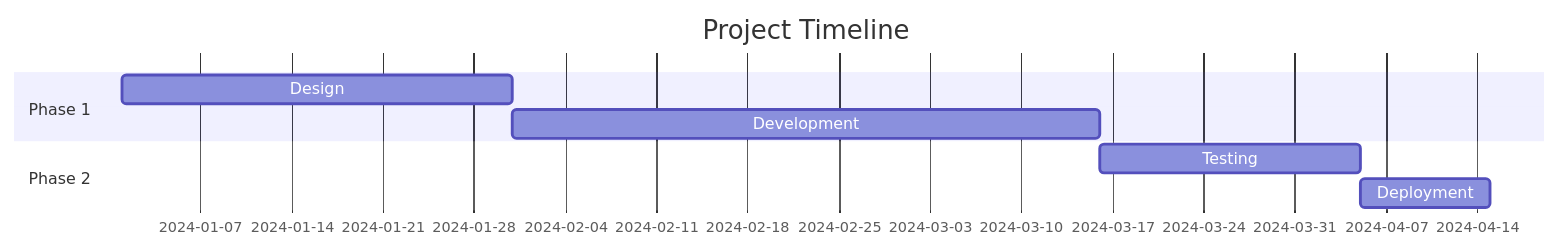
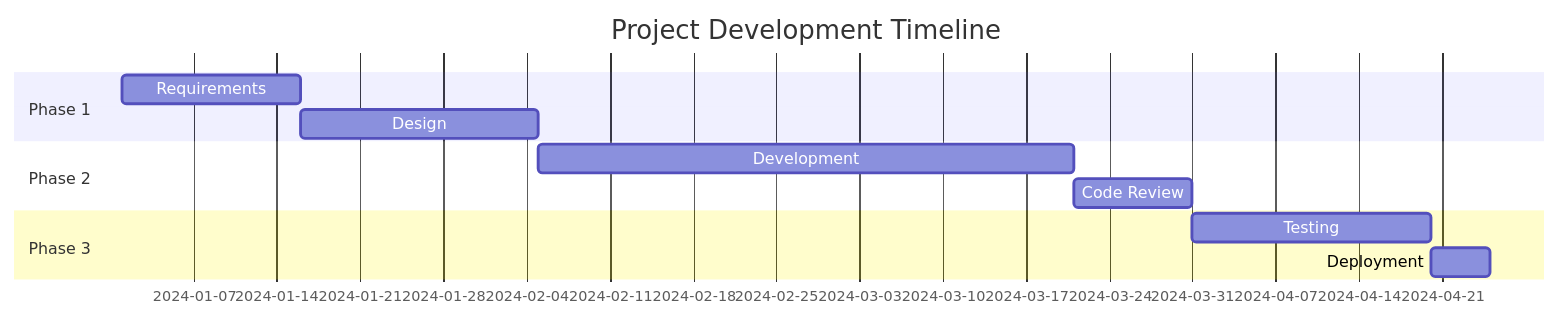
The sixth of 10 diagrams in public/markdown-instructions.md (actionanand/office-pulse), drawn with Mermaid before and after one commit. The commit also changed other lines of this file and 7 other files, not shown here.

````diff
--- a/public/markdown-instructions.md
+++ b/public/markdown-instructions.md
@@ -199,11 +506,14 @@
 ```mermaid
 gantt
-    title Project Timeline
+    title Project Development Timeline
     dateFormat YYYY-MM-DD
     section Phase 1
-    Design           :a1, 2024-01-01, 30d
-    Development      :a2, after a1, 45d
+    Requirements     :a1, 2024-01-01, 15d
+    Design           :a2, after a1, 20d
     section Phase 2
-    Testing          :a3, after a2, 20d
-    Deployment       :a4, after a3, 10d
+    Development      :a3, after a2, 45d
+    Code Review      :a4, after a3, 10d
+    section Phase 3
+    Testing          :a5, after a4, 20d
+    Deployment       :a6, after a5, 5d
 ```
````
